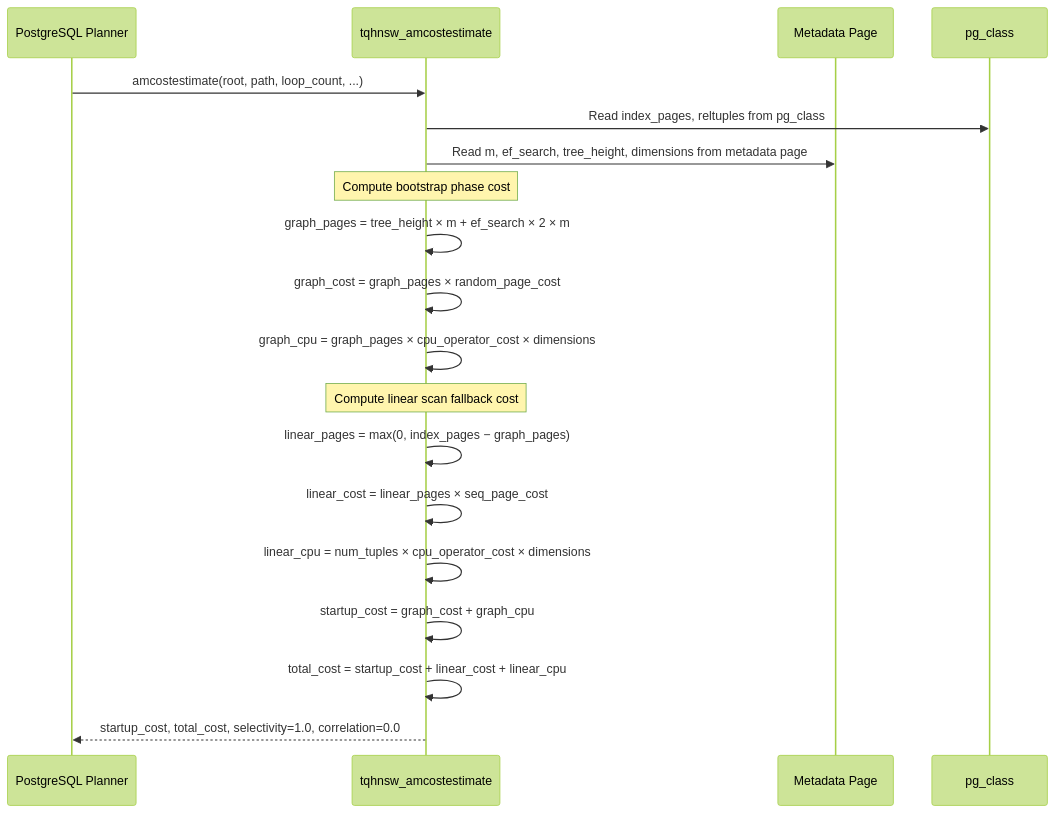
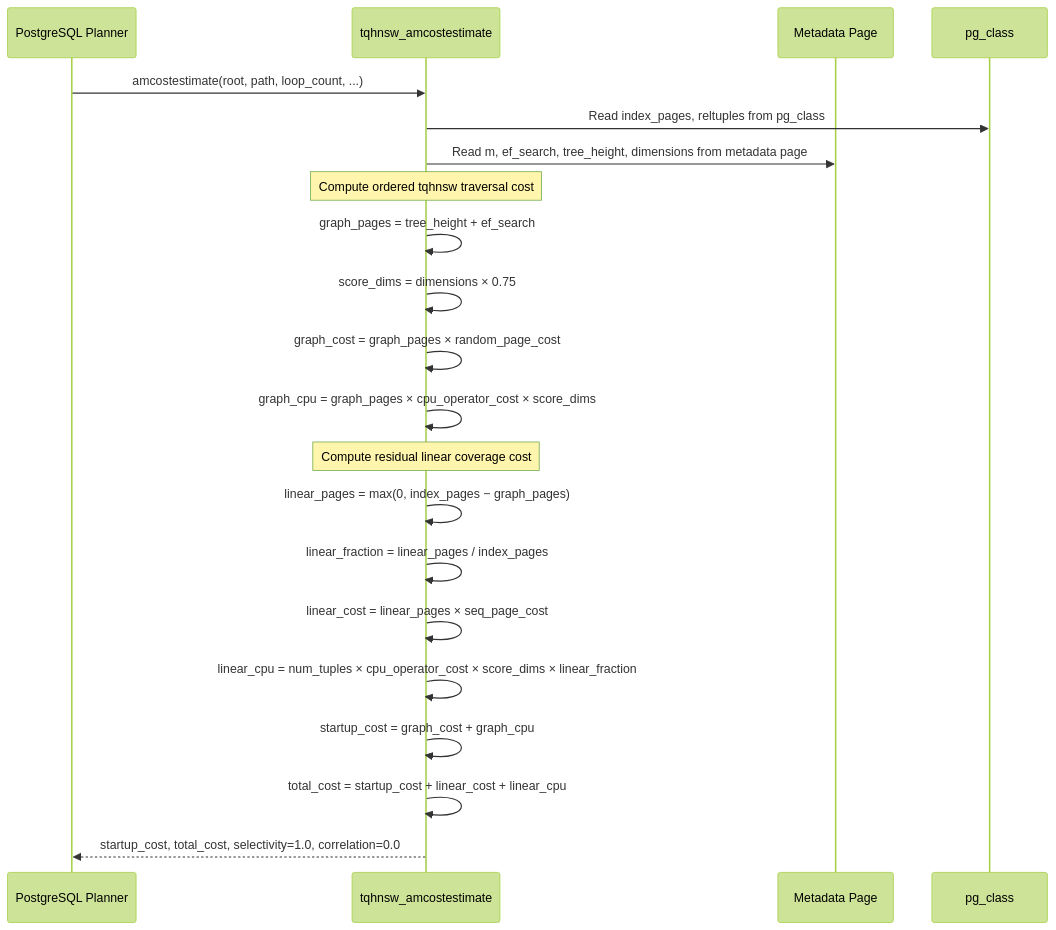
One commit to agent-ix/ecaz changed the diagram in spec/functional/FR-020-cost-estimation.md. Above: the diagram before and after it, drawn with Mermaid (forest theme). The commit also changed other lines of this file and 1 other file, not shown here.

Commit message:
planner: keep real 10k ef200 probe on tqhnsw

````diff
--- a/spec/functional/FR-020-cost-estimation.md
+++ b/spec/functional/FR-020-cost-estimation.md
@@ -69,27 +71,29 @@
 ```mermaid
 sequenceDiagram
     participant Planner as PostgreSQL Planner
     participant AM as tqhnsw_amcostestimate
     participant Meta as Metadata Page
     participant Rel as pg_class
 
     Planner->>AM: amcostestimate(root, path, loop_count, ...)
 
     AM->>Rel: Read index_pages, reltuples from pg_class
     AM->>Meta: Read m, ef_search, tree_height, dimensions from metadata page
 
-    Note over AM: Compute bootstrap phase cost
-    AM->>AM: graph_pages = tree_height × m + ef_search × 2 × m
+    Note over AM: Compute ordered tqhnsw traversal cost
+    AM->>AM: graph_pages = tree_height + ef_search
+    AM->>AM: score_dims = dimensions × 0.75
     AM->>AM: graph_cost = graph_pages × random_page_cost
-    AM->>AM: graph_cpu = graph_pages × cpu_operator_cost × dimensions
+    AM->>AM: graph_cpu = graph_pages × cpu_operator_cost × score_dims
 
-    Note over AM: Compute linear scan fallback cost
+    Note over AM: Compute residual linear coverage cost
     AM->>AM: linear_pages = max(0, index_pages − graph_pages)
+    AM->>AM: linear_fraction = linear_pages / index_pages
     AM->>AM: linear_cost = linear_pages × seq_page_cost
-    AM->>AM: linear_cpu = num_tuples × cpu_operator_cost × dimensions
+    AM->>AM: linear_cpu = num_tuples × cpu_operator_cost × score_dims × linear_fraction
 
     AM->>AM: startup_cost = graph_cost + graph_cpu
     AM->>AM: total_cost = startup_cost + linear_cost + linear_cpu
 
     AM-->>Planner: startup_cost, total_cost, selectivity=1.0, correlation=0.0
 ```
````
